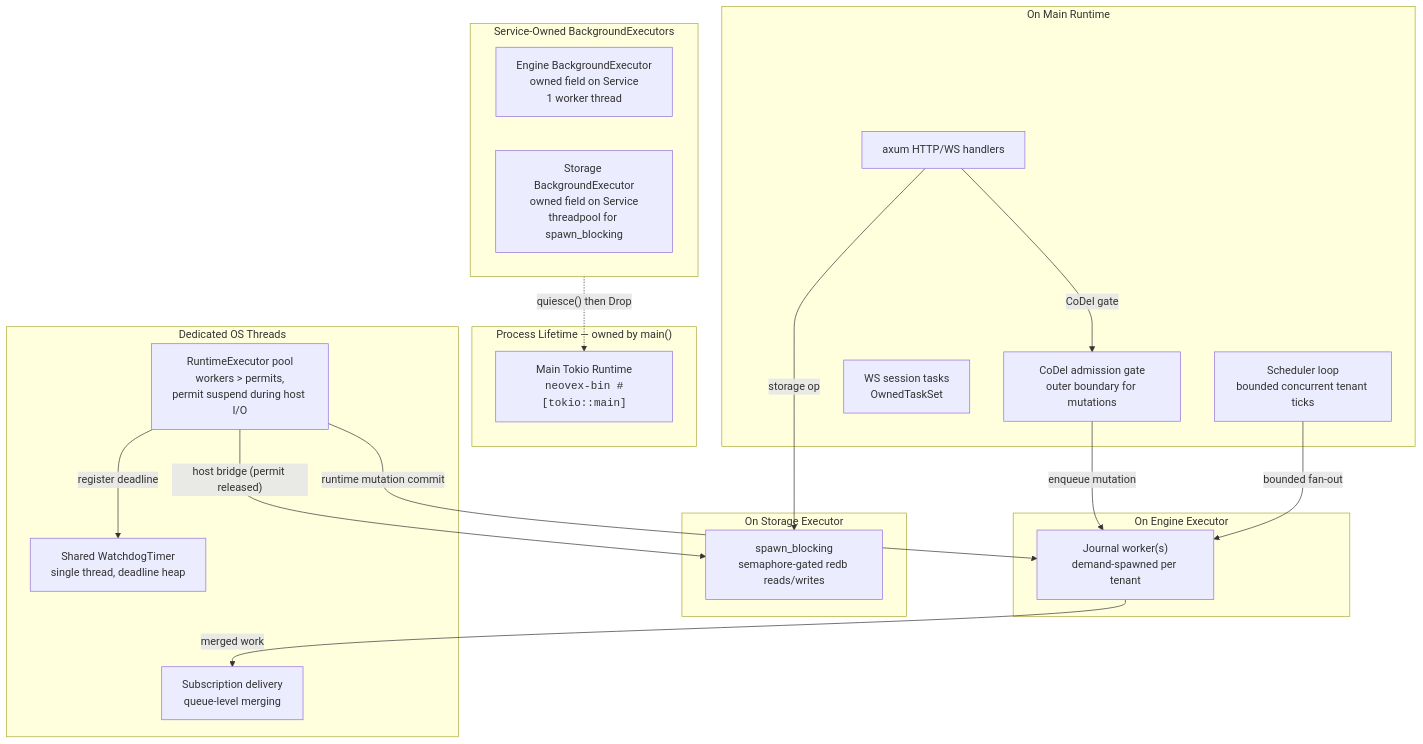
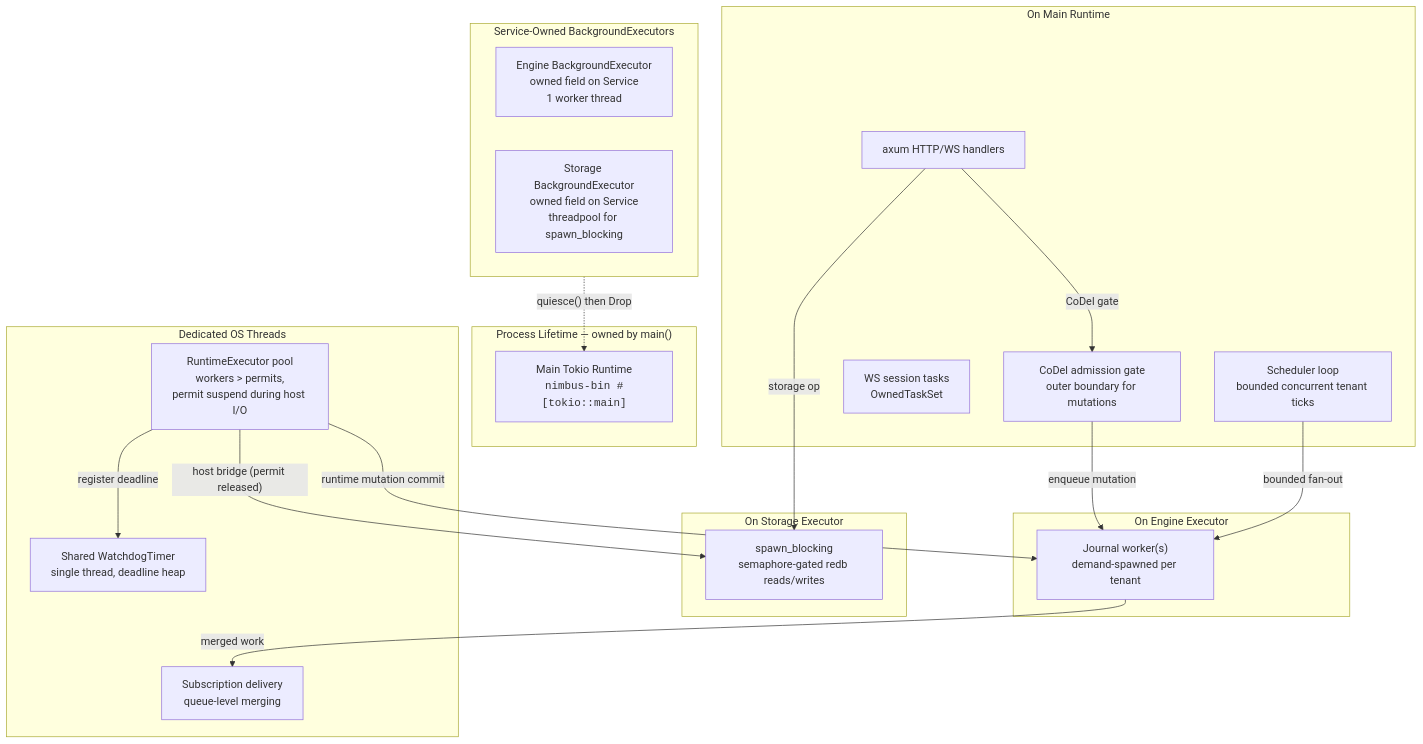
Before and after one commit to nimbus/nimbus: the third of 3 diagrams in docs/plans/archive/execution-ownership-hardening-plan.md, drawn with Mermaid. The commit also changed other lines of this file and 6725 other files, not shown here.

First line of the commit message:
rename: complete neovex→nimbus rebrand across entire codebase

````diff
--- a/docs/plans/archive/execution-ownership-hardening-plan.md
+++ b/docs/plans/archive/execution-ownership-hardening-plan.md
@@ -1443,43 +1443,43 @@
 ```mermaid
 flowchart TB
     subgraph Process["Process Lifetime — owned by main()"]
-        MainRT["Main Tokio Runtime<br/><code>neovex-bin #[tokio::main]</code>"]
+        MainRT["Main Tokio Runtime<br/><code>nimbus-bin #[tokio::main]</code>"]
     end
 
     subgraph Service_Owned["Service-Owned BackgroundExecutors"]
         EngineExec["Engine BackgroundExecutor<br/>owned field on Service<br/>1 worker thread"]
         StorageExec["Storage BackgroundExecutor<br/>owned field on Service<br/>threadpool for spawn_blocking"]
     end
 
     subgraph MainRT_Tasks["On Main Runtime"]
         HTTP["axum HTTP/WS handlers"]
         Sched["Scheduler loop<br/>bounded concurrent tenant ticks"]
         Sessions["WS session tasks<br/>OwnedTaskSet"]
         Admission["CoDel admission gate<br/>outer boundary for mutations"]
     end
 
     subgraph Engine_Tasks["On Engine Executor"]
         JW["Journal worker(s)<br/>demand-spawned per tenant"]
     end
 
     subgraph Storage_Tasks["On Storage Executor"]
         StorageBlk["spawn_blocking<br/>semaphore-gated redb reads/writes"]
     end
 
     subgraph Dedicated_Threads["Dedicated OS Threads"]
         V8Pool["RuntimeExecutor pool<br/>workers &gt; permits,<br/>permit suspend during host I/O"]
         SubDelivery["Subscription delivery<br/>queue-level merging"]
         Watchdog["Shared WatchdogTimer<br/>single thread, deadline heap"]
     end
 
     HTTP -->|"CoDel gate"| Admission
     Admission -->|"enqueue mutation"| JW
     V8Pool -->|"runtime mutation commit"| JW
     JW -->|"merged work"| SubDelivery
     HTTP -->|"storage op"| StorageBlk
     V8Pool -->|"host bridge (permit released)"| StorageBlk
     Sched -->|"bounded fan-out"| JW
     V8Pool -->|"register deadline"| Watchdog
 
     Service_Owned -.->|"quiesce() then Drop"| MainRT
 ```
````
